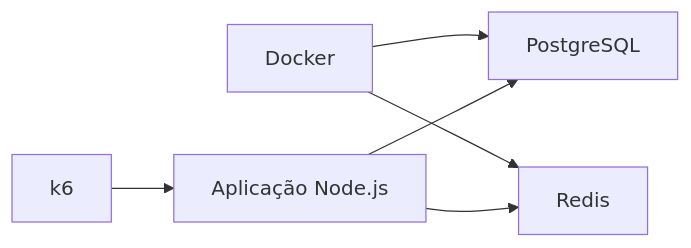
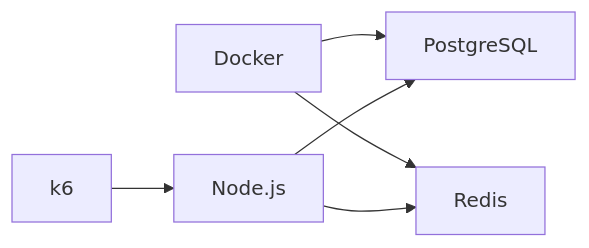
Before and after one commit to Eduardoss45/grpc-playground: the seventh of 7 diagrams in README.md, drawn with Mermaid. The commit also changed other lines of this file, not shown here.

````diff
--- a/README.md
+++ b/README.md
@@ -500,23 +566,23 @@
 ```mermaid
 flowchart LR
 
 Docker["Docker"]
 
 Postgres["PostgreSQL"]
 
 Redis["Redis"]
 
-Node["Aplicação Node.js"]
+Node["Node.js"]
 
 K6["k6"]
 
 Docker --> Postgres
 
 Docker --> Redis
 
 Node --> Postgres
 
 Node --> Redis
 
 K6 --> Node
 ```
````
